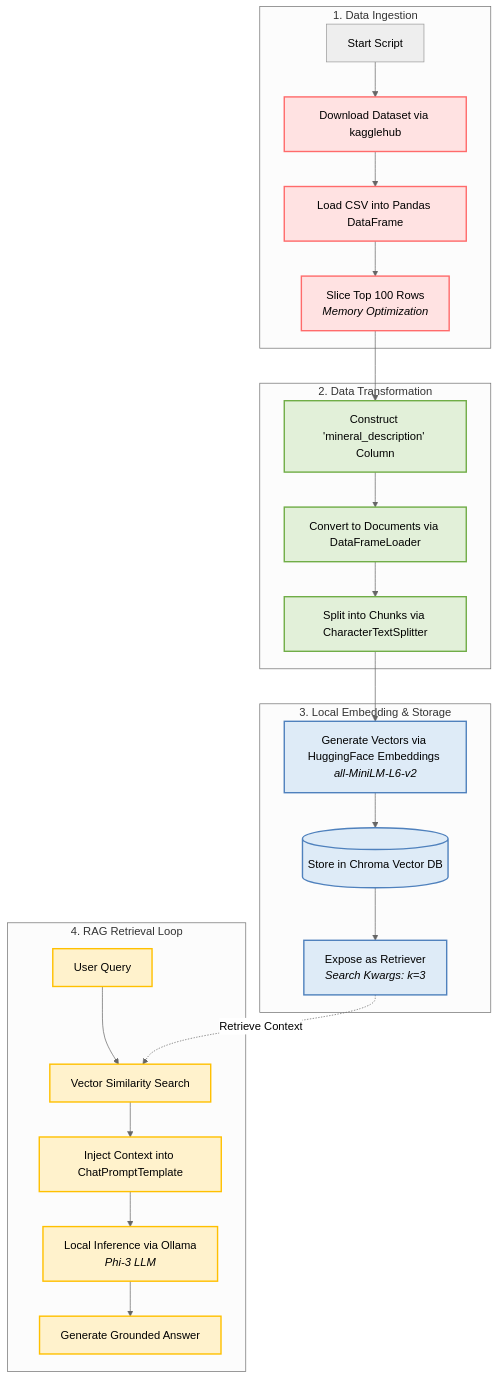
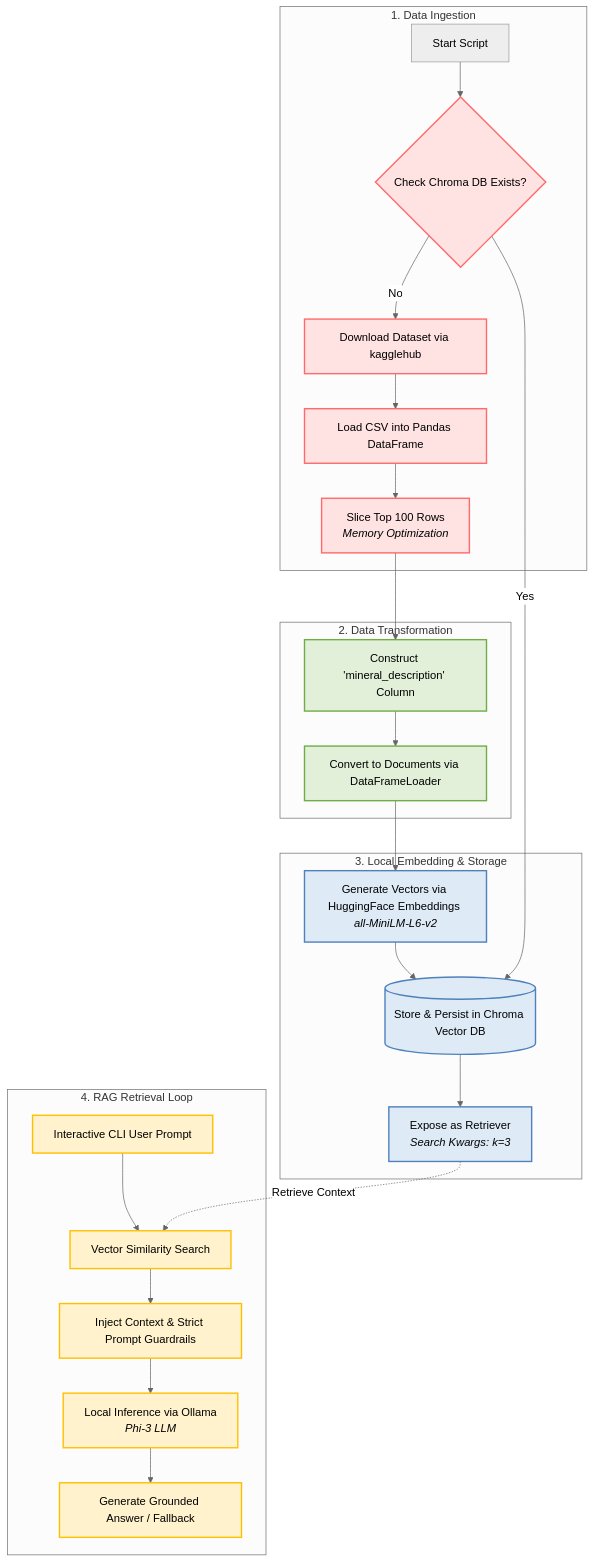
One commit to laura-chou/mineral-rag changed the diagram in README.md. Above: the diagram before and after it, drawn with Mermaid (neutral theme). The commit also changed other lines of this file and 2 other files, not shown here.

Commit message:
Refactor app.py to interactive CLI loop with persistent Chroma caching and strict prompt guardrails

````diff
--- a/README.md
+++ b/README.md
@@ -41,42 +42,43 @@
 ```mermaid
 graph TD
     %% System Styles
     classDef Ingestion fill:#FFE2E2,stroke:#FF6B6B,stroke-width:2px;
     classDef Transformation fill:#E2F0D9,stroke:#70AD47,stroke-width:2px;
     classDef Storage fill:#DEEBF7,stroke:#4F81BD,stroke-width:2px;
     classDef Inference fill:#FFF2CC,stroke:#FFC000,stroke-width:2px;
 
     %% Stage 1: Data Ingestion
     subgraph S1 [1. Data Ingestion]
-        A[Start Script] --> B[Download Dataset via kagglehub]
-        B --> C[Load CSV into Pandas DataFrame]
-        C --> D[Slice Top 100 Rows <br><i>Memory Optimization</i>]
+        A[Start Script] --> B{Check Chroma DB Exists?}
+        B -- No --> C[Download Dataset via kagglehub]
+        C --> D[Load CSV into Pandas DataFrame]
+        D --> E[Slice Top 100 Rows <br><i>Memory Optimization</i>]
     end
-    class B,C,D Ingestion;
+    class B,C,D,E Ingestion;
 
     %% Stage 2: Data Transformation
     subgraph S2 [2. Data Transformation]
-        D --> E[Construct 'mineral_description' Column]
-        E --> F[Convert to Documents via DataFrameLoader]
-        F --> G[Split into Chunks via CharacterTextSplitter]
+        E --> F[Construct 'mineral_description' Column]
+        F --> G[Convert to Documents via DataFrameLoader]
     end
-    class E,F,G Transformation;
+    class F,G Transformation;
 
     %% Stage 3: Local Embedding & Storage
     subgraph S3 [3. Local Embedding & Storage]
         G --> H[Generate Vectors via HuggingFace Embeddings <br><i>all-MiniLM-L6-v2</i>]
-        H --> I[(Store in Chroma Vector DB)]
+        H --> I[(Store & Persist in Chroma Vector DB)]
+        B -- Yes --> I
         I --> J[Expose as Retriever <br><i>Search Kwargs: k=3</i>]
     end
     class H,I,J Storage;
 
     %% Stage 4: RAG Retrieval & Inference
     subgraph S4 [4. RAG Retrieval Loop]
-        K[User Query] --> L[Vector Similarity Search]
+        K[Interactive CLI User Prompt] --> L[Vector Similarity Search]
         J -.->|Retrieve Context| L
-        L --> M[Inject Context into ChatPromptTemplate]
+        L --> M[Inject Context & Strict Prompt Guardrails]
         M --> N[Local Inference via Ollama <br><i>Phi-3 LLM</i>]
-        N --> O[Generate Grounded Answer]
+        N --> O[Generate Grounded Answer / Fallback]
     end
     class K,L,M,N,O Inference;
 ```
````
